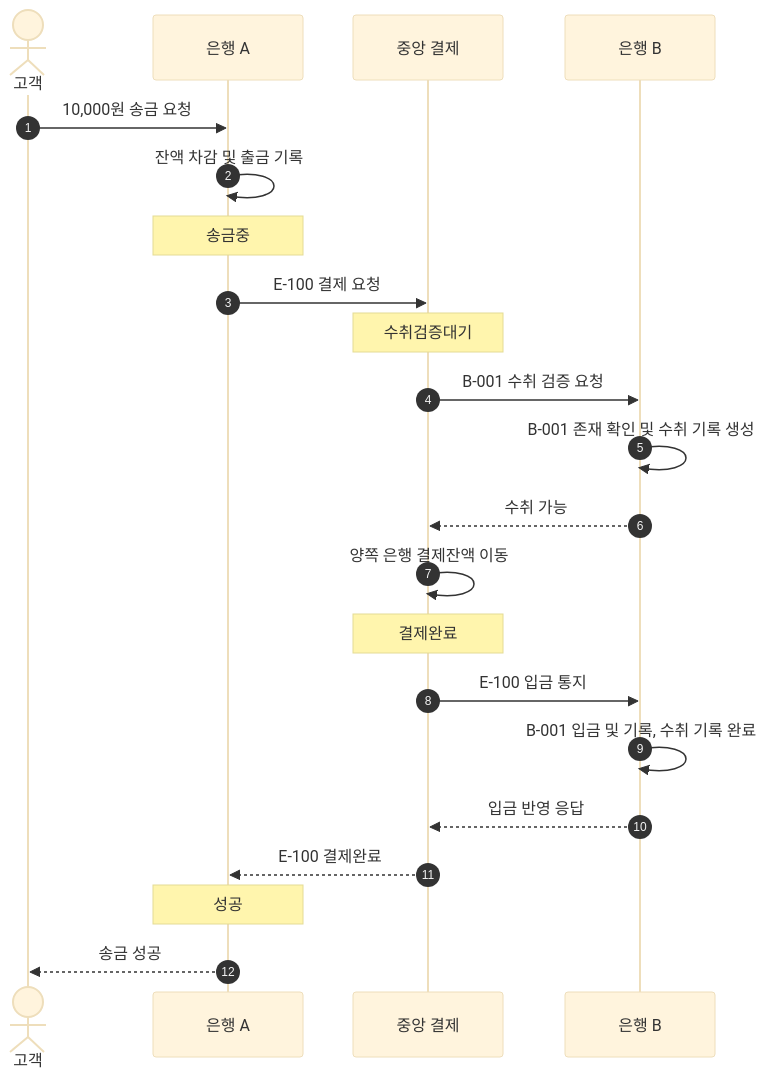
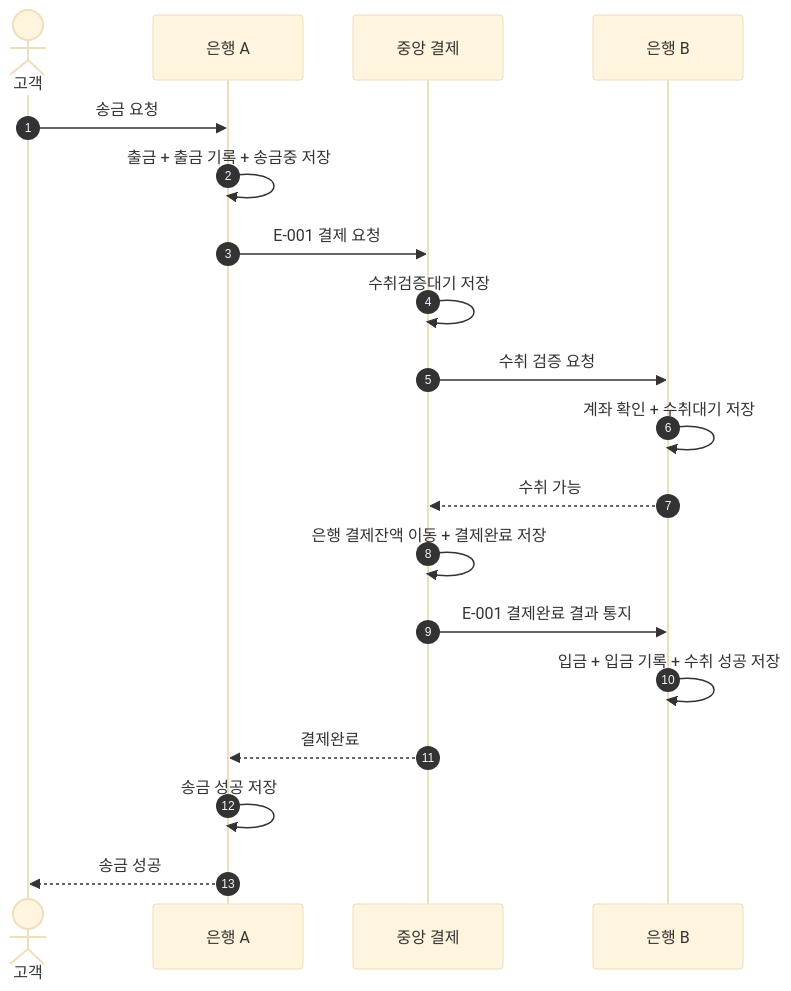
The diagram in docs/scenarios/S-001_정상_은행간_송금_성공.md (2jun0/financial-system-backend), drawn with Mermaid (base theme) before and after one commit. The commit also changed other lines of this file and 33 other files, not shown here.

````diff
--- a/docs/scenarios/S-001_정상_은행간_송금_성공.md
+++ b/docs/scenarios/S-001_정상_은행간_송금_성공.md
@@ -31,25 +32,21 @@
 ```mermaid
 sequenceDiagram
     autonumber
     actor 고객
     participant A as 은행 A
     participant C as 중앙 결제
     participant B as 은행 B
-
-    고객->>A: 10,000원 송금 요청
-    A->>A: 잔액 차감 및 출금 기록
-    Note over A: 송금중
-    A->>C: E-100 결제 요청
-    Note over C: 수취검증대기
-    C->>B: B-001 수취 검증 요청
-    B->>B: B-001 존재 확인 및 수취 기록 생성
+    고객->>A: 송금 요청
+    A->>A: 출금 + 출금 기록 + 송금중 저장
+    A->>C: E-001 결제 요청
+    C->>C: 수취검증대기 저장
+    C->>B: 수취 검증 요청
+    B->>B: 계좌 확인 + 수취대기 저장
     B-->>C: 수취 가능
-    C->>C: 양쪽 은행 결제잔액 이동
-    Note over C: 결제완료
-    C->>B: E-100 입금 통지
-    B->>B: B-001 입금 및 기록, 수취 기록 완료
-    B-->>C: 입금 반영 응답
-    C-->>A: E-100 결제완료
-    Note over A: 성공
+    C->>C: 은행 결제잔액 이동 + 결제완료 저장
+    C->>B: E-001 결제완료 결과 통지
+    B->>B: 입금 + 입금 기록 + 수취 성공 저장
+    C-->>A: 결제완료
+    A->>A: 송금 성공 저장
     A-->>고객: 송금 성공
 ```
````
